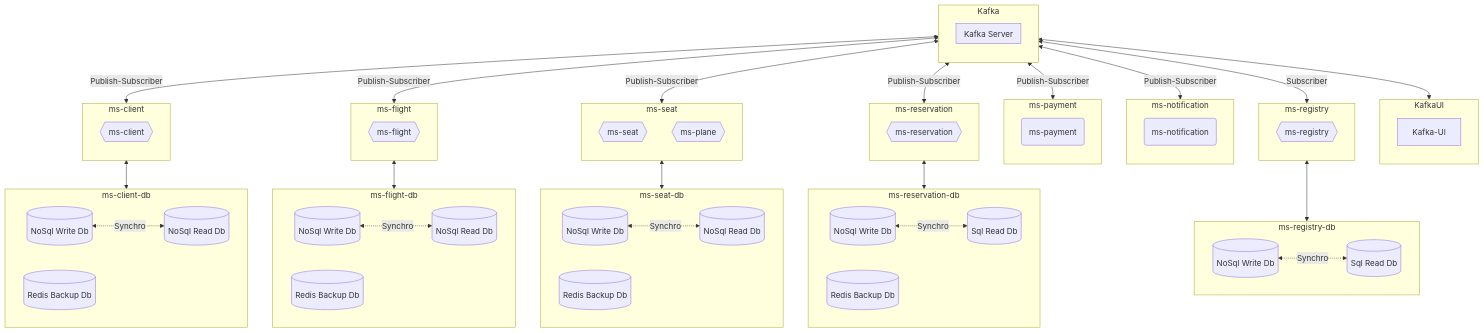
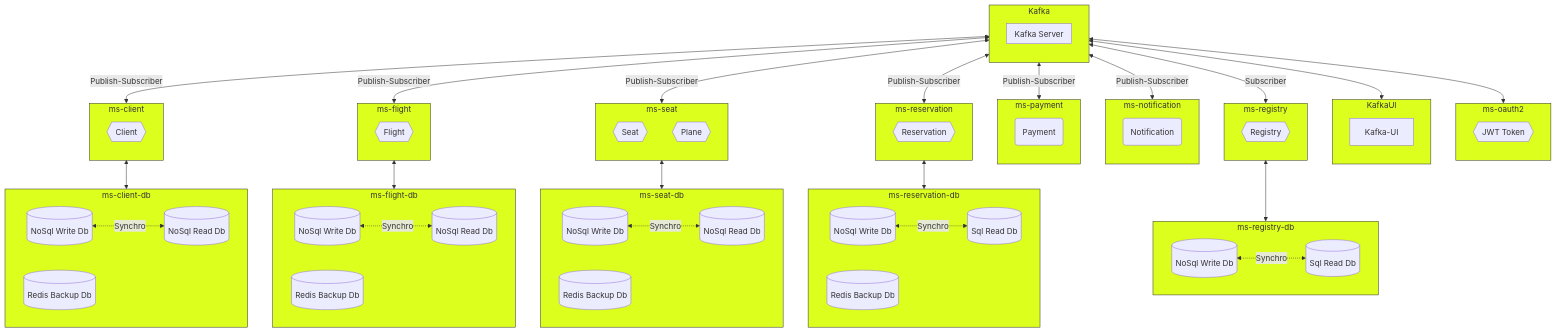
One commit to Ivan-Montes/hex-cqrs-es-eda changed the diagram in README.md. Above: the diagram before and after it, drawn with Mermaid. The commit also changed other lines of this file, not shown here.

````diff
--- a/README.md
+++ b/README.md
@@ -17,7 +17,7 @@
 ```mermaid
 
 graph BT
-  
+
 subgraph KafkaUI
  Kafka-UI
 end  
@@ -28,7 +28,7 @@
 end 
 
 subgraph ms-client
-   C{{ms-client}}
+   C{{Client}}
 end 
 
 subgraph ms-client-db
@@ -39,7 +39,7 @@
 end
 
 subgraph ms-flight
-   F{{ms-flight}} 
+   F{{Flight}} 
 end  
 
 subgraph ms-flight-db
@@ -50,8 +50,8 @@
 end
 
 subgraph ms-seat
-   S{{ms-seat}}
-   P{{ms-plane}}
+   S{{Seat}}
+   P{{Plane}}
 end
 
 subgraph ms-seat-db
@@ -62,7 +62,7 @@
 end
 
 subgraph ms-reservation
-   R{{ms-reservation}}
+   R{{Reservation}}
 end  
 
 subgraph ms-reservation-db
@@ -73,7 +73,7 @@
 end
 
 subgraph ms-registry
-   RE{{ms-registry}}
+   RE{{Registry}}
 end 
 
 subgraph ms-registry-db
@@ -83,13 +83,17 @@
 end
 
 subgraph ms-payment
-   PAY(ms-payment)
+   PAY(Payment)
 end
 
 subgraph ms-notification
-    NOT(ms-notification)
+    NOT(Notification)
 end 
-  
+ 
+subgraph ms-oauth2
+  msoauth2{{JWT Token}}
+end
+    
   ms-client-db <--> ms-client
   ms-flight-db <--> ms-flight
   ms-seat-db <--> ms-seat
@@ -111,6 +115,11 @@
   ms-registry <-->|Subscriber| Kafka
 
   KafkaUI <--> |  | Kafka
+  ms-oauth2 <--> |  | Kafka
+  
+  classDef canvas_basic fill:#dcff1e,stroke:#333;
+  class ms-client-db,ms-flight-db,ms-seat-db,ms-reservation-db,ms-registry-db canvas_basic
+  class ms-client,ms-flight,ms-seat,ms-reservation,ms-payment,ms-notification,ms-registry,ms-oauth2,Kafka,KafkaUI canvas_basic
   
   
 ```
````
